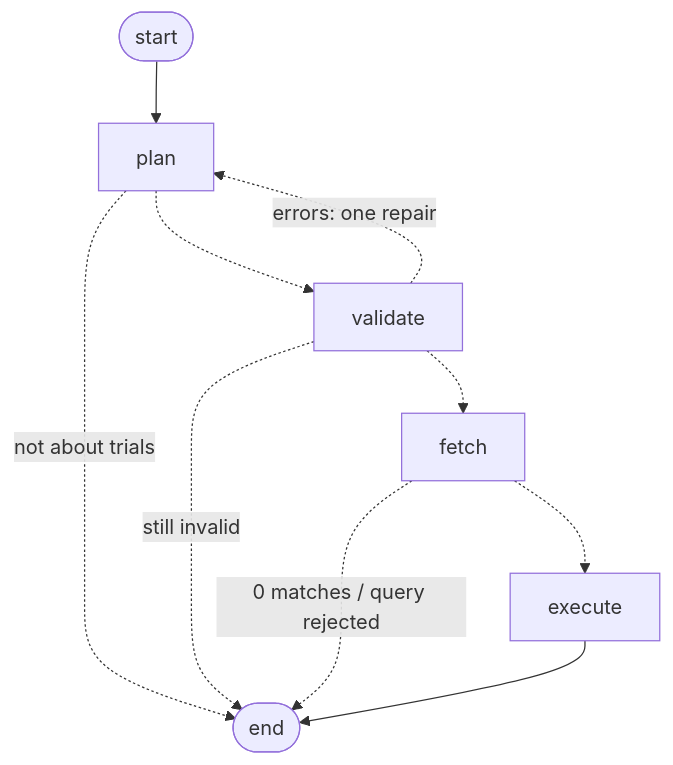
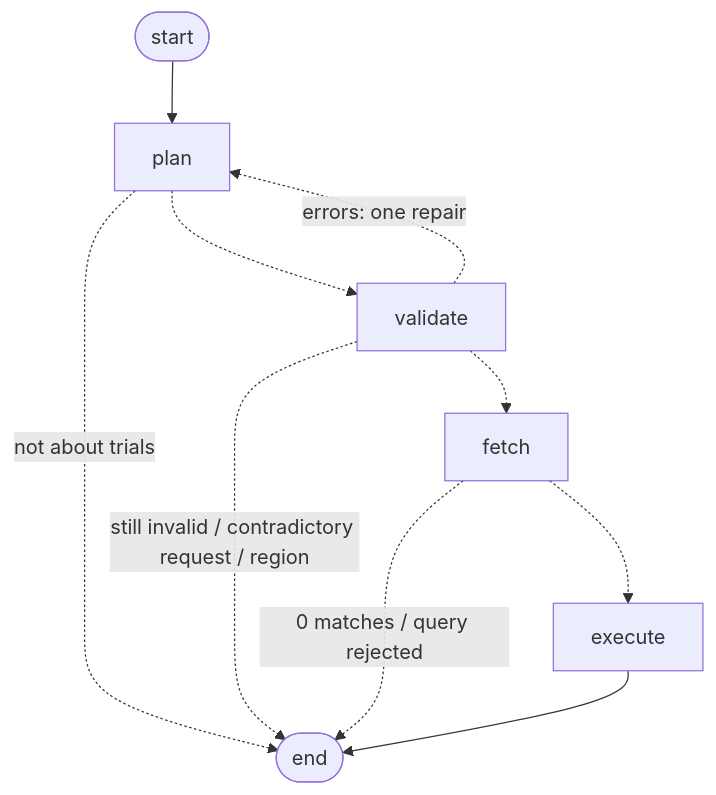
The diagram in README.md (airjan-airlines/cheiron-oa), drawn with Mermaid before and after one commit. The commit also changed other lines of this file, not shown here.

````diff
--- a/README.md
+++ b/README.md
@@ -314,12 +347,12 @@
 ```mermaid
 graph TD;
   __start__([start]) --> plan;
   plan -.->|not about trials| __end__([end]);
   plan -.-> validate;
   validate -.->|errors: one repair| plan;
-  validate -.->|still invalid| __end__;
+  validate -.->|still invalid / contradictory request / region| __end__;
   validate -.-> fetch;
   fetch -.->|0 matches / query rejected| __end__;
   fetch -.-> execute;
   execute --> __end__;
 ```
````
